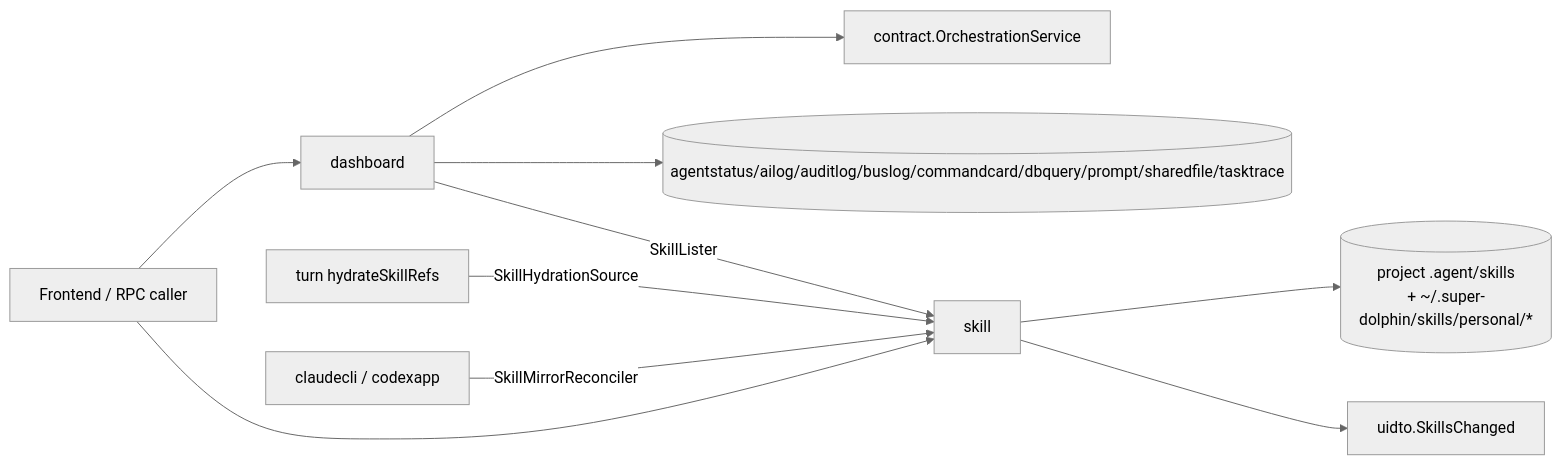
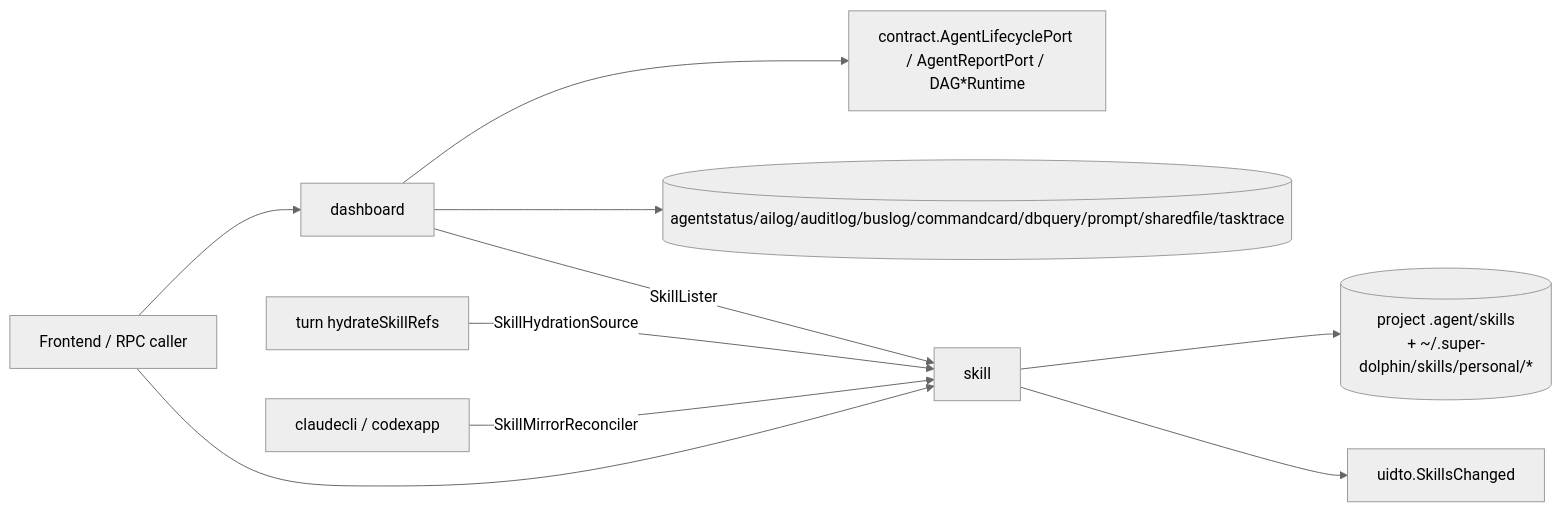
Before and after one commit to lihah111222333-cloud/Super-Dolphin-Agent-Cockpit: the first of 7 diagrams in docs/doc/codemap/07-module-read.md, drawn with Mermaid (neutral theme). The commit also changed other lines of this file and 12 other files, not shown here.

````diff
--- a/docs/doc/codemap/07-module-read.md
+++ b/docs/doc/codemap/07-module-read.md
@@ -15,12 +15,12 @@
 ```mermaid
 flowchart LR
     UI[Frontend / RPC caller] --> DASH[dashboard]
     UI --> SKILL[skill]
-    DASH --> ORCH[contract.OrchestrationService]
+    DASH --> ORCH[contract.AgentLifecyclePort / AgentReportPort / DAG*Runtime]
     DASH --> STORES[(agentstatus/ailog/auditlog/buslog/commandcard/dbquery/prompt/sharedfile/tasktrace)]
     DASH -->|SkillLister| SKILL
     SKILL --> ROOTS[(project .agent/skills\n+ ~/.super-dolphin/skills/personal/*)]
     SKILL --> EVENTS[uidto.SkillsChanged]
     TURN[turn hydrateSkillRefs] -->|SkillHydrationSource| SKILL
     PROVIDERS[claudecli / codexapp] -->|SkillMirrorReconciler| SKILL
 ```
````
